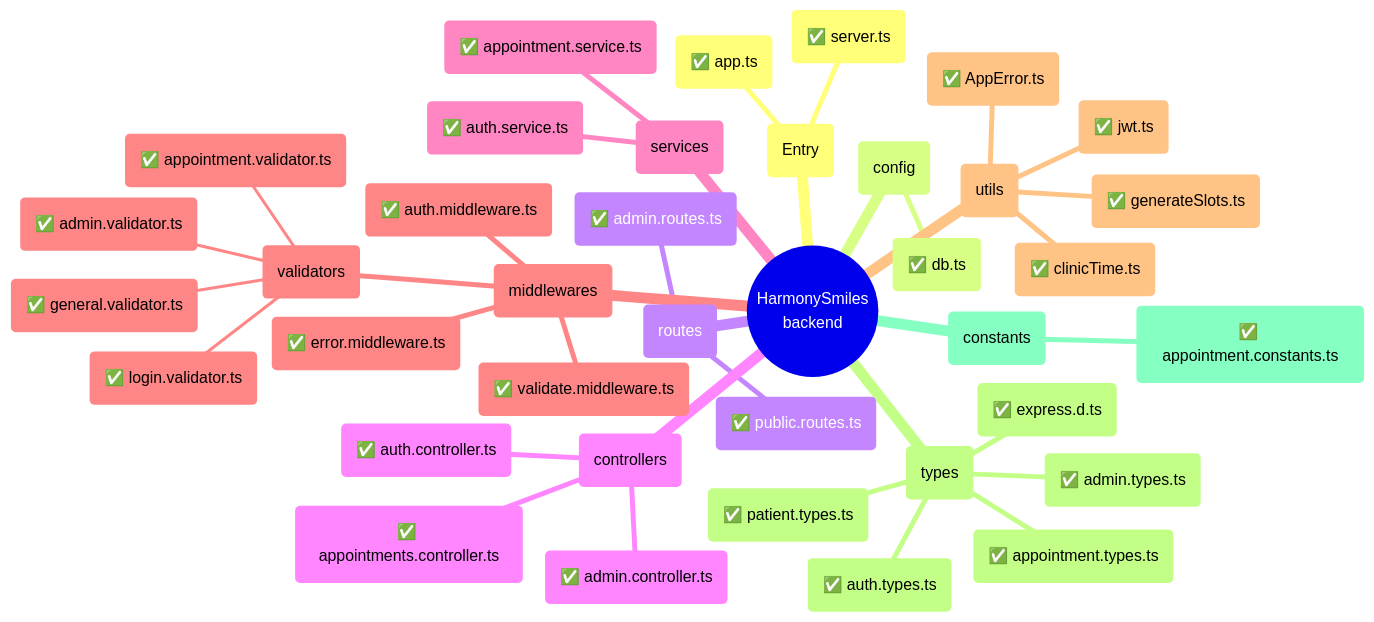
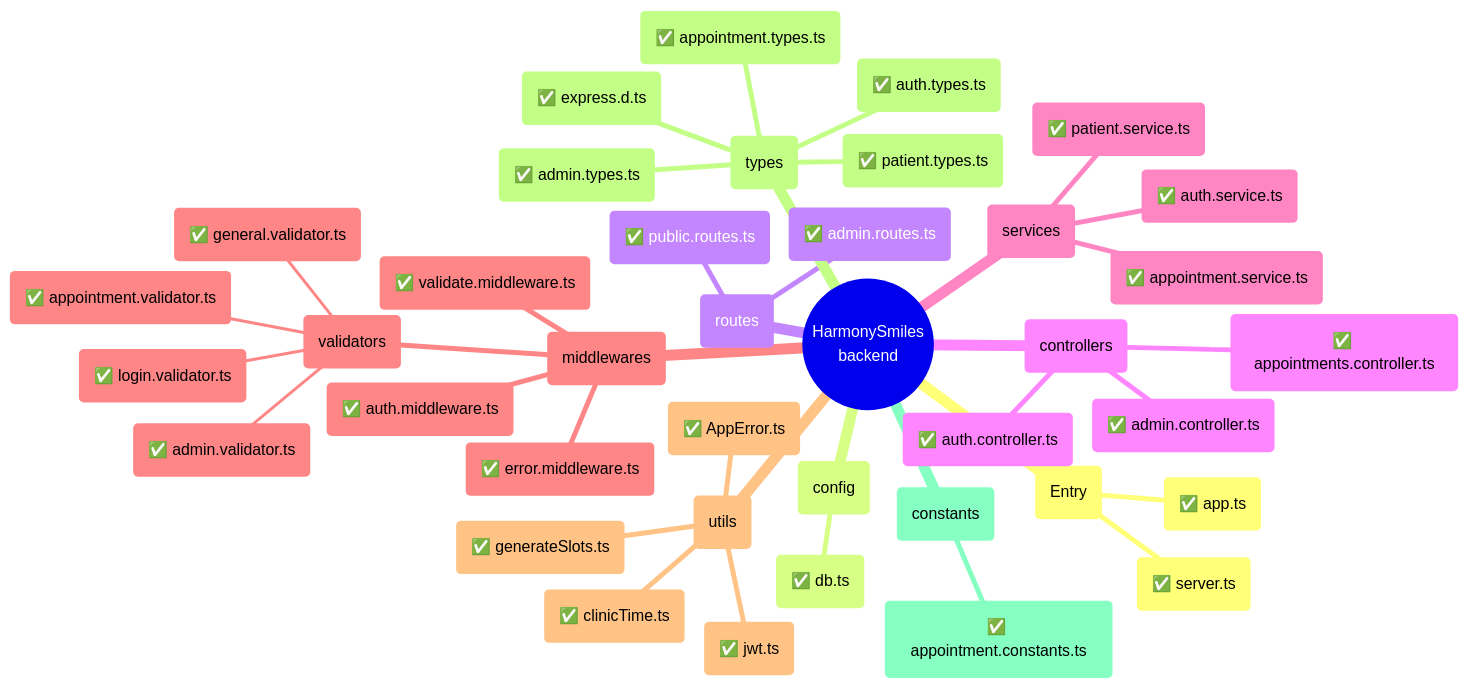
One commit to BoudiHamed/HarmonySmiles changed the first of 2 diagrams in ARCHITECTURE.md. Above: the diagram before and after it, drawn with Mermaid. The commit also changed other lines of this file and 43 other files, not shown here.

````diff
--- a/ARCHITECTURE.md
+++ b/ARCHITECTURE.md
@@ -11,41 +11,42 @@
 ```mermaid
 mindmap
   root(("HarmonySmiles<br/>backend"))
     ("Entry")
       ("✅ server.ts")
       ("✅ app.ts")
     ("config")
       ("✅ db.ts")
     ("routes")
       ("✅ public.routes.ts")
       ("✅ admin.routes.ts")
     ("controllers")
       ("✅ appointments.controller.ts")
       ("✅ admin.controller.ts")
       ("✅ auth.controller.ts")
     ("services")
       ("✅ appointment.service.ts")
+      ("✅ patient.service.ts")
       ("✅ auth.service.ts")
     ("middlewares")
       ("✅ validate.middleware.ts")
       ("✅ error.middleware.ts")
       ("✅ auth.middleware.ts")
       ("validators")
         ("✅ appointment.validator.ts")
         ("✅ general.validator.ts")
         ("✅ login.validator.ts")
         ("✅ admin.validator.ts")
     ("utils")
       ("✅ AppError.ts")
       ("✅ generateSlots.ts")
       ("✅ clinicTime.ts")
       ("✅ jwt.ts")
     ("types")
       ("✅ appointment.types.ts")
       ("✅ patient.types.ts")
       ("✅ admin.types.ts")
       ("✅ auth.types.ts")
       ("✅ express.d.ts")
     ("constants")
       ("✅ appointment.constants.ts")
 ```
````
